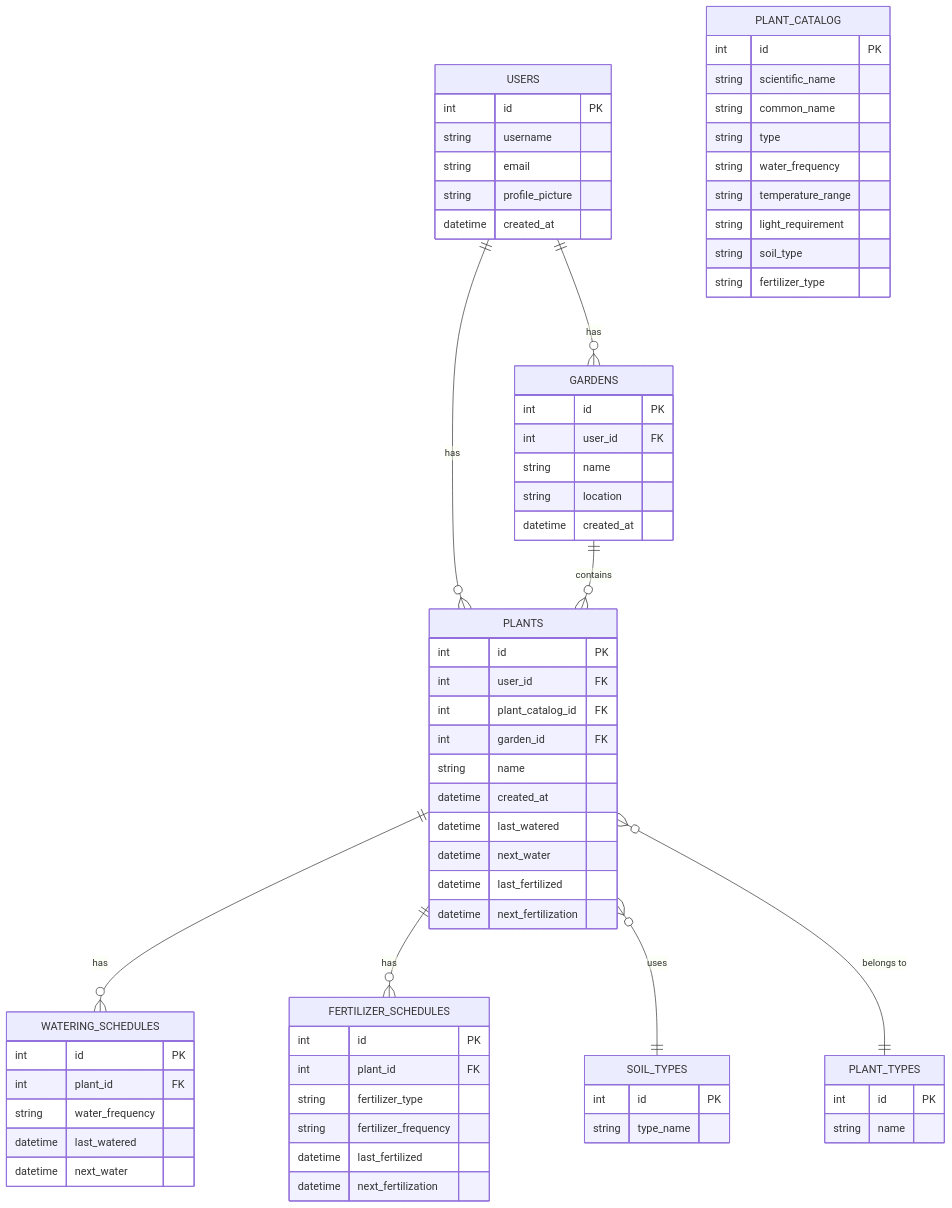
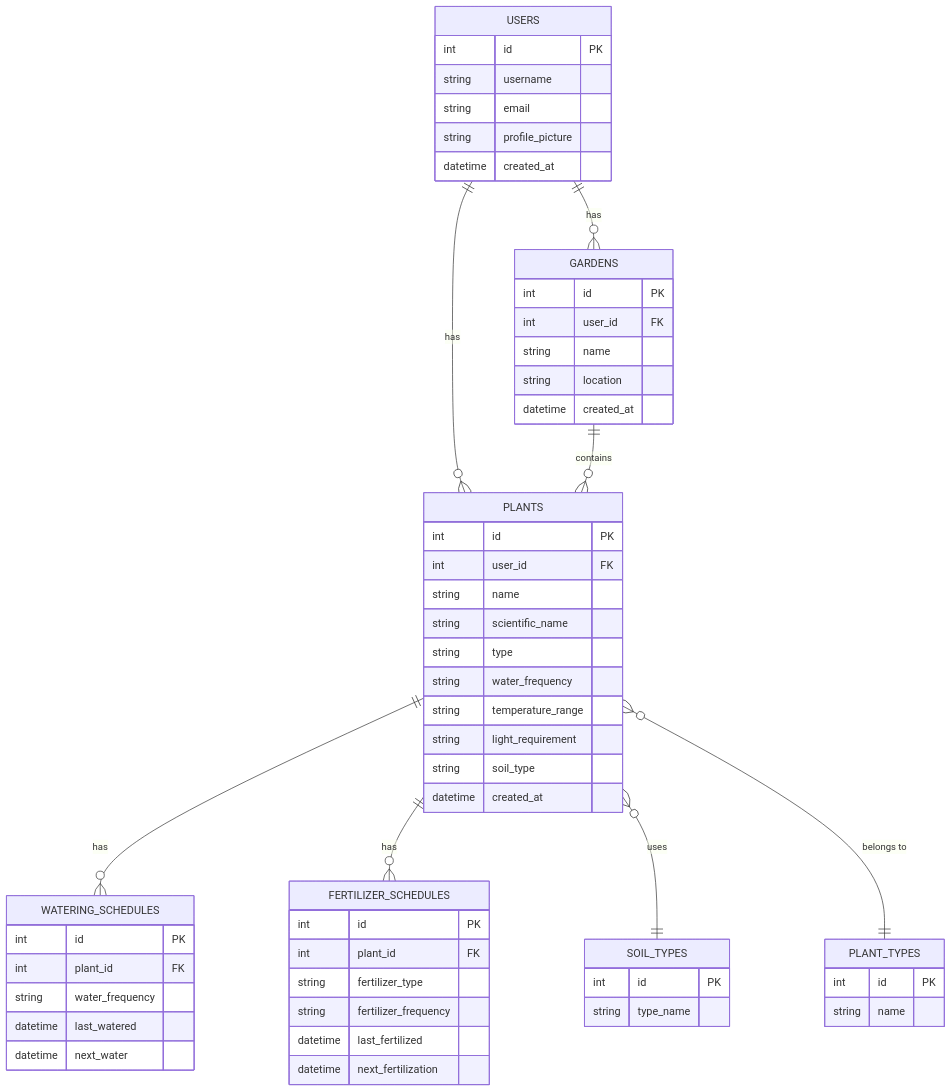
One commit to Green-Fingers-App/gardeningApp changed the diagram in green-fingers/docs/SoftwareArchitectureDocument.md. Above: the diagram before and after it, drawn with Mermaid. The commit also changed 24 other files, not shown here.

````diff
--- a/green-fingers/docs/SoftwareArchitectureDocument.md
+++ b/green-fingers/docs/SoftwareArchitectureDocument.md
@@ -80,71 +80,60 @@
 ```mermaid
 erDiagram
     USERS {
         int id PK
         string username
         string email
         string profile_picture
         datetime created_at
     }
-    PLANT_CATALOG {
+    PLANTS {
         int id PK
+        int user_id FK
+        string name
         string scientific_name
-        string common_name
         string type
         string water_frequency
         string temperature_range
         string light_requirement
         string soil_type
-        string fertilizer_type
-    }
-    PLANTS {
-        int id PK
-        int user_id FK
-        int plant_catalog_id FK
-        int garden_id FK
-        string name
         datetime created_at
-        datetime last_watered
-        datetime next_water
-        datetime last_fertilized
-        datetime next_fertilization
     }
     GARDENS {
         int id PK
         int user_id FK
         string name
         string location
         datetime created_at
     }
     WATERING_SCHEDULES {
         int id PK
         int plant_id FK
         string water_frequency
         datetime last_watered
         datetime next_water
     }
     FERTILIZER_SCHEDULES {
         int id PK
         int plant_id FK
         string fertilizer_type
         string fertilizer_frequency
         datetime last_fertilized
         datetime next_fertilization
     }
     SOIL_TYPES {
         int id PK
         string type_name
     }
     PLANT_TYPES {
         int id PK
         string name
     }
 
     USERS ||--o{ PLANTS : "has"
     USERS ||--o{ GARDENS : "has"
     PLANTS ||--o{ WATERING_SCHEDULES : "has"
     PLANTS ||--o{ FERTILIZER_SCHEDULES : "has"
     PLANTS }o--|| SOIL_TYPES : "uses"
     PLANTS }o--|| PLANT_TYPES : "belongs to"
     GARDENS ||--o{ PLANTS : "contains"
 ```
````
